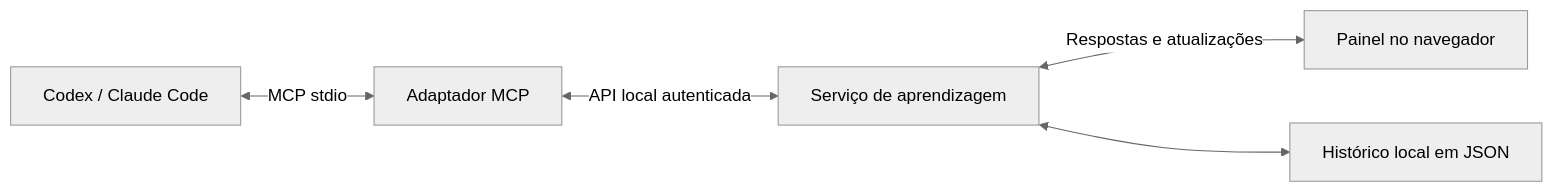
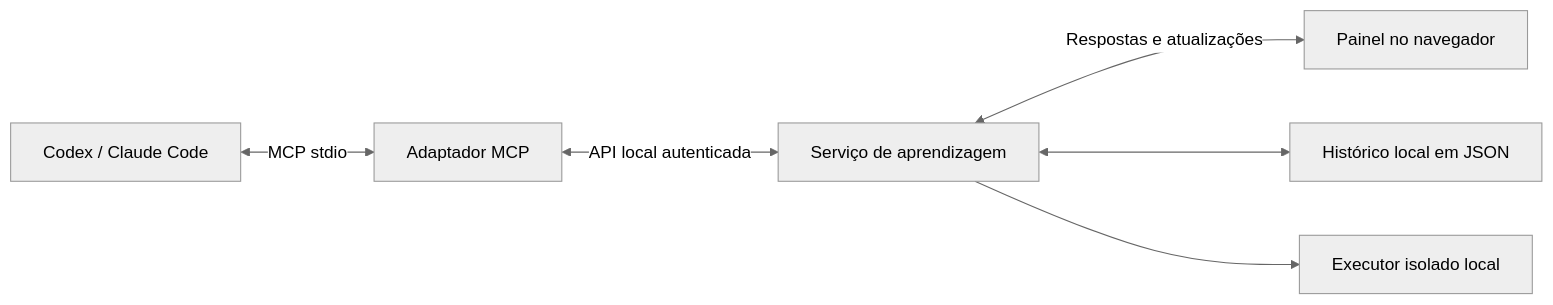
One commit to Igorzon1/mcp_tutor changed the diagram in README.md. Above: the diagram before and after it, drawn with Mermaid (neutral theme). The commit also changed other lines of this file and 22 other files, not shown here.

````diff
--- a/README.md
+++ b/README.md
@@ -98,7 +132,8 @@
 ```mermaid
 flowchart LR
   A[Codex / Claude Code] <-->|MCP stdio| B[Adaptador MCP]
   B <-->|API local autenticada| C[Serviço de aprendizagem]
   C <-->|Respostas e atualizações| D[Painel no navegador]
   C <--> E[Histórico local em JSON]
+  C --> F[Executor isolado local]
 ```
````
